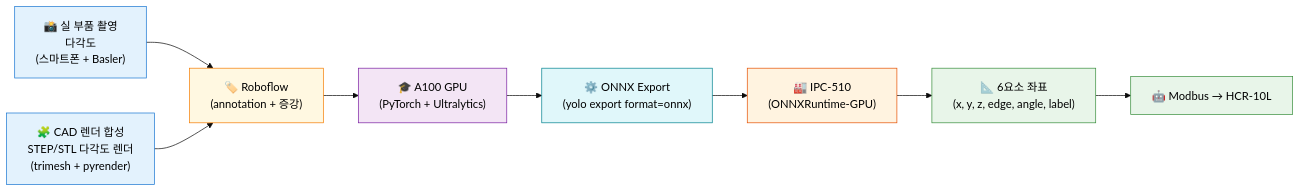
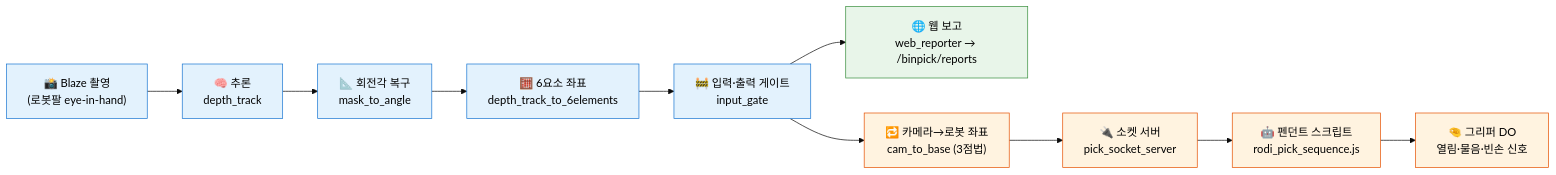
The diagram in README.md (m2222n/3D_printer_automation), drawn with Mermaid (base theme) before and after one commit. The commit also changed other lines of this file, not shown here.

Commit message:
docs(README): 빈피킹 절 현행화 — Depth+CAD 운영 트랙 · 인식→로봇 사슬 · 로봇 연동 단계 · 실행 명령 · 구조/기술 스택 정리

````diff
--- a/README.md
+++ b/README.md
@@ -156,29 +149,24 @@
 ```mermaid
 flowchart LR
-    Capture["📸 실 부품 촬영<br/>다각도<br/>(스마트폰 + Basler)"]
-    Synth["🧩 CAD 렌더 합성<br/>STEP/STL 다각도 렌더<br/>(trimesh + pyrender)"]
-    Roboflow["🏷️ Roboflow<br/>(annotation + 증강)"]
-    Train["🎓 A100 GPU<br/>(PyTorch + Ultralytics)"]
-    ONNX["⚙️ ONNX Export<br/>(yolo export format=onnx)"]
-    Deploy["🏭 IPC-510<br/>(ONNXRuntime-GPU)"]
-    Coord["📐 6요소 좌표<br/>(x, y, z, edge, angle, label)"]
-    Modbus["🤖 Modbus → HCR-10L"]
+    Cam["📸 Blaze 촬영<br/>(로봇팔 eye-in-hand)"]
+    Infer["🧠 추론<br/>depth_track"]
+    Angle["📐 회전각 복구<br/>mask_to_angle"]
+    Six["🧮 6요소 좌표<br/>depth_track_to_6elements"]
+    Gate["🚧 입력·출력 게이트<br/>input_gate"]
+    Web["🌐 웹 보고<br/>web_reporter → /binpick/reports"]
+    Base["🔁 카메라→로봇 좌표<br/>cam_to_base (3점법)"]
+    Sock["🔌 소켓 서버<br/>pick_socket_server"]
+    Rodi["🤖 펜던트 스크립트<br/>rodi_pick_sequence.js"]
+    Grip["🤏 그리퍼 DO<br/>열림·물음·빈손 신호"]
 
-    Capture --> Roboflow
-    Synth --> Roboflow
-    Roboflow --> Train --> ONNX --> Deploy --> Coord --> Modbus
+    Cam --> Infer --> Angle --> Six --> Gate
+    Gate --> Web
+    Gate --> Base --> Sock --> Rodi --> Grip
 
-    classDef capture fill:#e3f2fd,stroke:#1976d2,color:#000
-    classDef label fill:#fff8e1,stroke:#f57c00,color:#000
-    classDef train fill:#f3e5f5,stroke:#7b1fa2,color:#000
-    classDef export fill:#e0f7fa,stroke:#00838f,color:#000
-    classDef deploy fill:#fff3e0,stroke:#e65100,color:#000
-    classDef output fill:#e8f5e9,stroke:#388e3c,color:#000
-
-    class Capture,Synth capture
-    class Roboflow label
-    class Train train
-    class ONNX export
-    class Deploy deploy
-    class Coord,Modbus output
+    classDef vision fill:#e3f2fd,stroke:#1976d2,color:#000
+    classDef robot fill:#fff3e0,stroke:#e65100,color:#000
+    classDef out fill:#e8f5e9,stroke:#388e3c,color:#000
+    class Cam,Infer,Angle,Six,Gate vision
+    class Base,Sock,Rodi,Grip robot
+    class Web out
 ```
````
